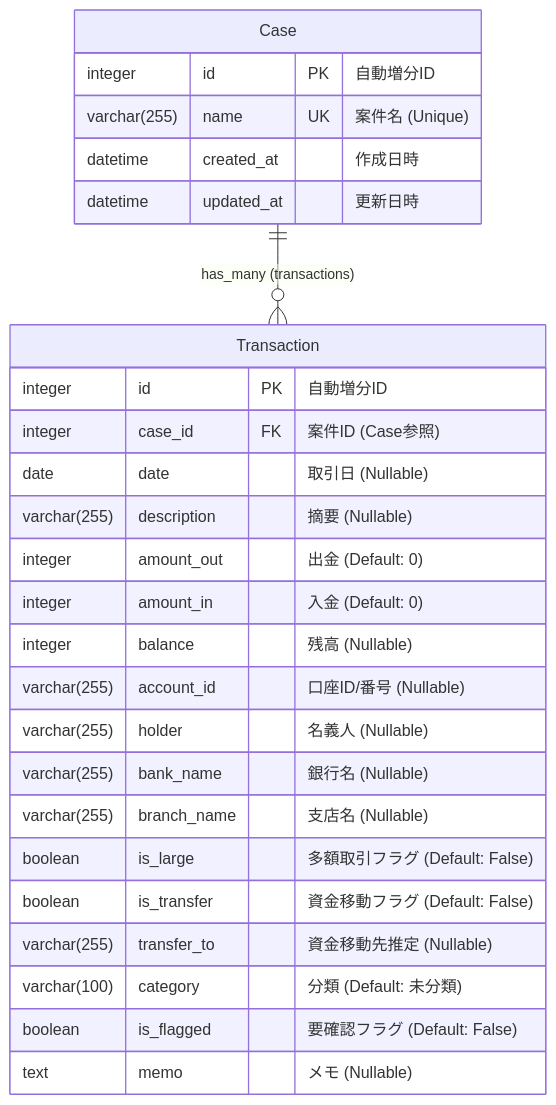
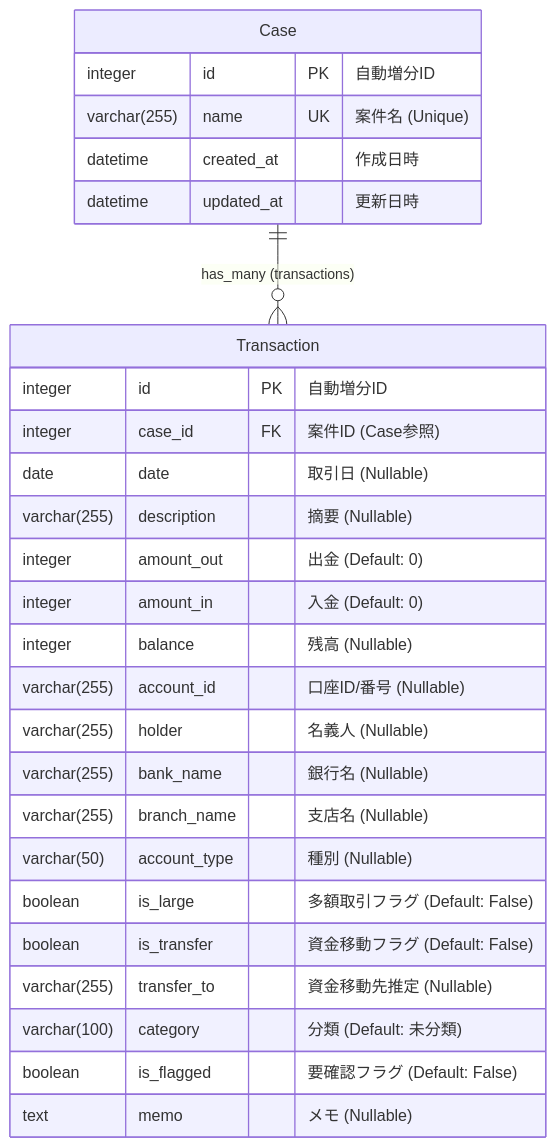
Before and after one commit to kojima1978/tax_apps: the diagram in apps/bank-analyzer-django/ER_DIAGRAM.md, drawn with Mermaid. The commit also changed other lines of this file, not shown here.

Commit message:
docs(bank-analyzer): ER図にaccount_typeフィールドと不足インデックス3件を追加

````diff
--- a/apps/bank-analyzer-django/ER_DIAGRAM.md
+++ b/apps/bank-analyzer-django/ER_DIAGRAM.md
@@ -5,31 +5,32 @@
 ```mermaid
 erDiagram
     Case ||--o{ Transaction : "has_many (transactions)"
 
     Case {
         integer id PK "自動増分ID"
         varchar(255) name UK "案件名 (Unique)"
         datetime created_at "作成日時"
         datetime updated_at "更新日時"
     }
 
     Transaction {
         integer id PK "自動増分ID"
         integer case_id FK "案件ID (Case参照)"
         date date "取引日 (Nullable)"
         varchar(255) description "摘要 (Nullable)"
         integer amount_out "出金 (Default: 0)"
         integer amount_in "入金 (Default: 0)"
         integer balance "残高 (Nullable)"
         varchar(255) account_id "口座ID/番号 (Nullable)"
         varchar(255) holder "名義人 (Nullable)"
         varchar(255) bank_name "銀行名 (Nullable)"
         varchar(255) branch_name "支店名 (Nullable)"
+        varchar(50) account_type "種別 (Nullable)"
         boolean is_large "多額取引フラグ (Default: False)"
         boolean is_transfer "資金移動フラグ (Default: False)"
         varchar(255) transfer_to "資金移動先推定 (Nullable)"
         varchar(100) category "分類 (Default: 未分類)"
         boolean is_flagged "要確認フラグ (Default: False)"
         text memo "メモ (Nullable)"
     }
 ```
````
